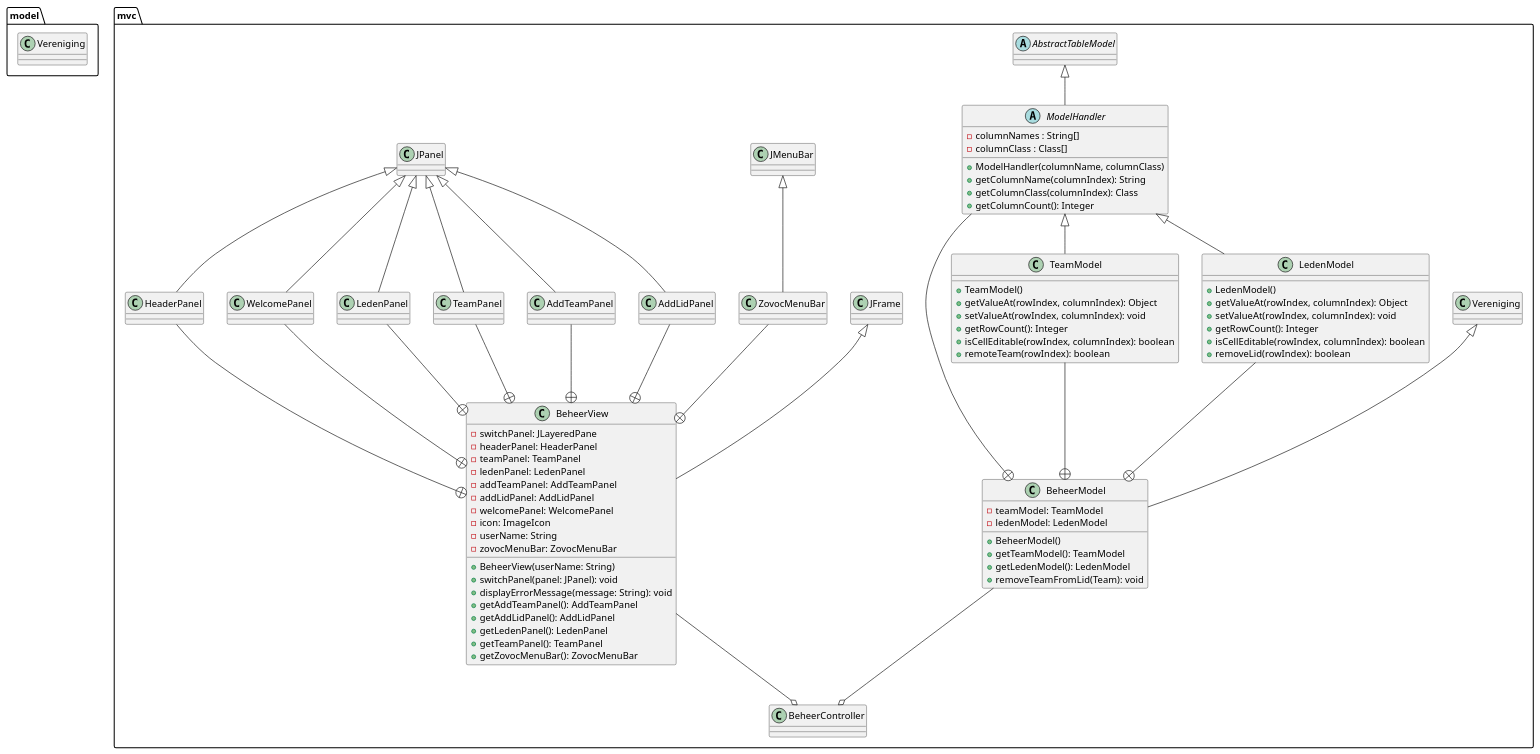
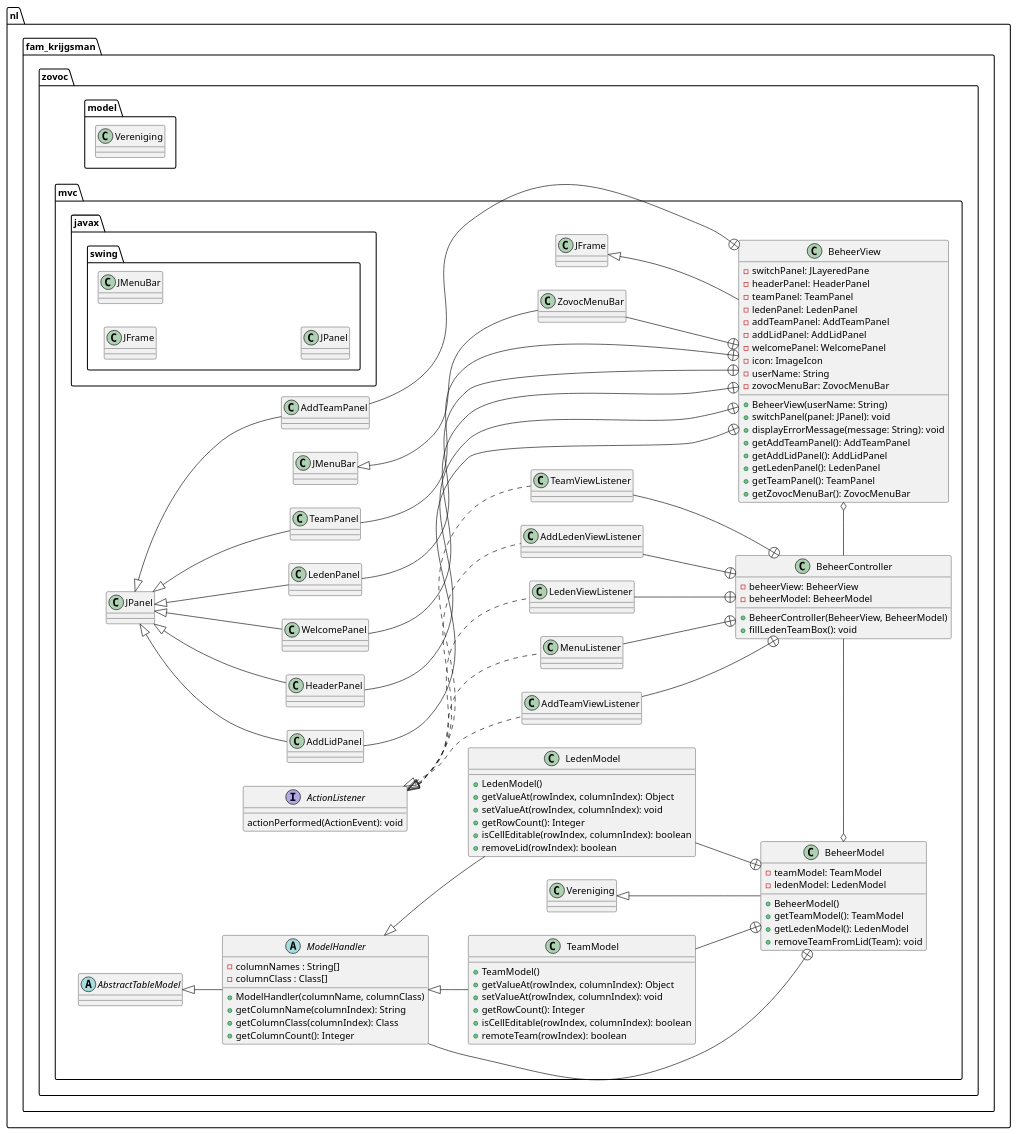
The diagram in Docs/mvc.Beheer.puml (kaasszje/Zovoc-Leden-Beheer), drawn with PlantUML before and after one commit. The commit also changed 3 other files, not shown here.

```diff
--- a/Docs/mvc.Beheer.puml
+++ b/Docs/mvc.Beheer.puml
@@ -1,107 +1,130 @@
 @startuml
 'https://plantuml.com/class-diagram
-'left to right direction
+left to right direction
 
-Package model {
+Package nl.fam_krijgsman.zovoc.model {
 class Vereniging
 }
 
-Package mvc {
+Package nl.fam_krijgsman.zovoc.mvc {
+Package javax.swing {
+    class JFrame
+    class JMenuBar
+    class JPanel
+}
+
 class BeheerModel extends Vereniging {
     - teamModel: TeamModel
     - ledenModel: LedenModel
     + BeheerModel()
     + getTeamModel(): TeamModel
     + getLedenModel(): LedenModel
     + removeTeamFromLid(Team): void
 }
 
 class TeamModel extends ModelHandler {
     + TeamModel()
     + getValueAt(rowIndex, columnIndex): Object
     + setValueAt(rowIndex, columnIndex): void
     + getRowCount(): Integer
     + isCellEditable(rowIndex, columnIndex): boolean
     + remoteTeam(rowIndex): boolean
 }
 
 class LedenModel extends ModelHandler {
     + LedenModel()
     + getValueAt(rowIndex, columnIndex): Object
     + setValueAt(rowIndex, columnIndex): void
     + getRowCount(): Integer
     + isCellEditable(rowIndex, columnIndex): boolean
     + removeLid(rowIndex): boolean
 }
 
 abstract class ModelHandler extends AbstractTableModel {
     - columnNames : String[]
     - columnClass : Class[]
     + ModelHandler(columnName, columnClass)
     + getColumnName(columnIndex): String
     + getColumnClass(columnIndex): Class
     + getColumnCount(): Integer
 }
 
 abstract class AbstractTableModel
 
 class BeheerView extends JFrame {
     - switchPanel: JLayeredPane
     - headerPanel: HeaderPanel
     - teamPanel: TeamPanel
     - ledenPanel: LedenPanel
     - addTeamPanel: AddTeamPanel
     - addLidPanel: AddLidPanel
     - welcomePanel: WelcomePanel
     - icon: ImageIcon
     - userName: String
     - zovocMenuBar: ZovocMenuBar
     + BeheerView(userName: String)
     + switchPanel(panel: JPanel): void
     + displayErrorMessage(message: String): void
     + getAddTeamPanel(): AddTeamPanel
     + getAddLidPanel(): AddLidPanel
     + getLedenPanel(): LedenPanel
     + getTeamPanel(): TeamPanel
     + getZovocMenuBar(): ZovocMenuBar
 }
 
 class BeheerController {
+    - beheerView: BeheerView
+    - beheerModel: BeheerModel
+    + BeheerController(BeheerView, BeheerModel)
+    + fillLedenTeamBox(): void
 }
 
+'Beheerview
 class ZovocMenuBar extends JMenuBar
-
 class HeaderPanel extends JPanel
-
 class WelcomePanel extends JPanel
-
 class LedenPanel extends JPanel
-
 class TeamPanel extends JPanel
-
 class AddTeamPanel extends JPanel
-
 class AddLidPanel extends JPanel
 
+'BeheerController
+interface ActionListener {
+    actionPerformed(ActionEvent): void
+}
+class MenuListener implements ActionListener
+class LedenViewListener implements ActionListener
+class AddLedenViewListener implements ActionListener
+class TeamViewListener implements ActionListener
+class AddTeamViewListener implements ActionListener
 
 
-'interne classes
+'interne Beheermodel classes
 TeamModel --+ BeheerModel
 LedenModel --+ BeheerModel
 ModelHandler --+ BeheerModel
+
+'interne Beheerview classes
 ZovocMenuBar --+ BeheerView
 HeaderPanel --+ BeheerView
 WelcomePanel --+ BeheerView
-LedenPanel --+ BeheerView
-TeamPanel --+ BeheerView
-AddTeamPanel --+ BeheerView
-AddLidPanel --+ BeheerView
+LedenPanel ---+ BeheerView
+TeamPanel ---+ BeheerView
+AddTeamPanel ---+ BeheerView
+AddLidPanel ---+ BeheerView
 
-BeheerView --o BeheerController
-BeheerModel --o BeheerController
+'interne Beheercontroller classes
+MenuListener --+ BeheerController
+LedenViewListener --+ BeheerController
+AddLedenViewListener --+ BeheerController
+TeamViewListener --+ BeheerController
+AddTeamViewListener --+ BeheerController
+
+BeheerController -o BeheerView
+BeheerModel o- BeheerController
 
 }
 
 
 
 @enduml
```
